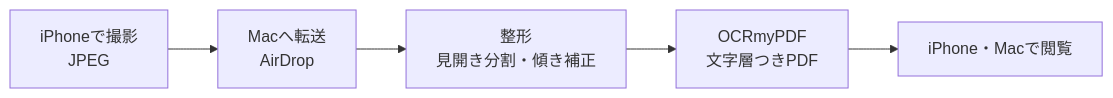
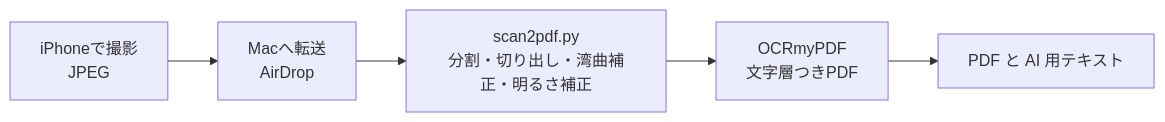
Before and after one commit to FH-MX/book_scan: the diagram in README.md, drawn with Mermaid. The commit also changed other lines of this file and 2 other files, not shown here.

Commit message:
scan2pdf.py 試作 v0.4：見開きの分割・紙の切り出し・湾曲補正・OCR

````diff
--- a/README.md
+++ b/README.md
@@ -11,7 +11,7 @@
 ```mermaid
 flowchart LR
   A[iPhoneで撮影<br/>JPEG] --> B[Macへ転送<br/>AirDrop]
-  B --> C[整形<br/>見開き分割・傾き補正]
+  B --> C[scan2pdf.py<br/>分割・切り出し・湾曲補正・明るさ補正]
   C --> D[OCRmyPDF<br/>文字層つきPDF]
-  D --> E[iPhone・Macで閲覧]
+  D --> E[PDF と AI 用テキスト]
 ```
````
